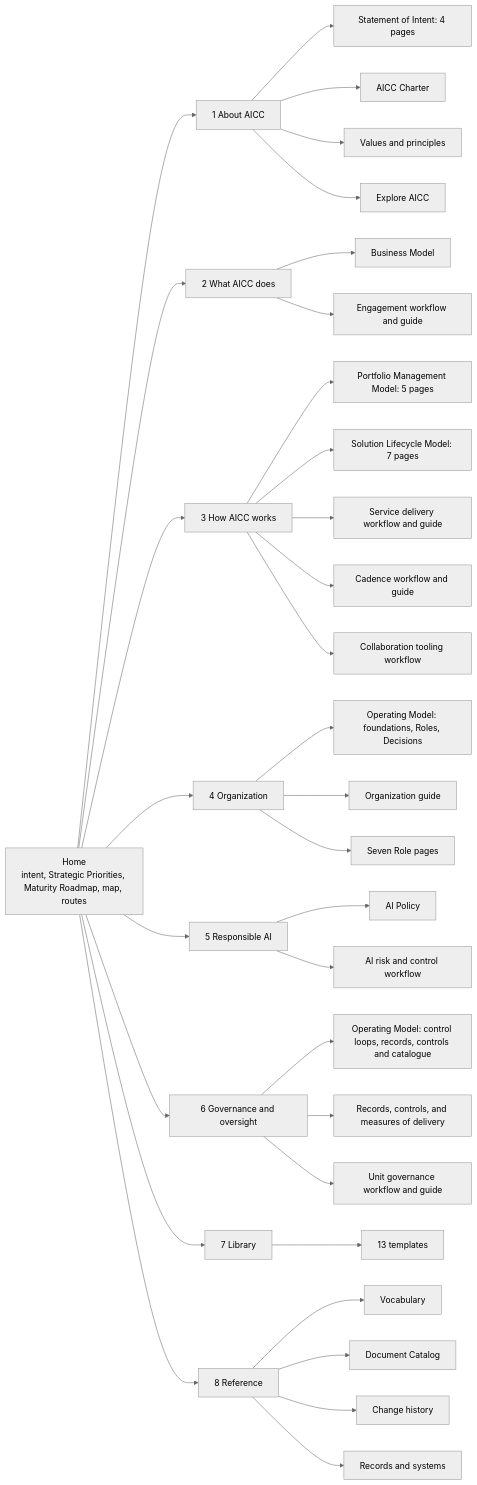
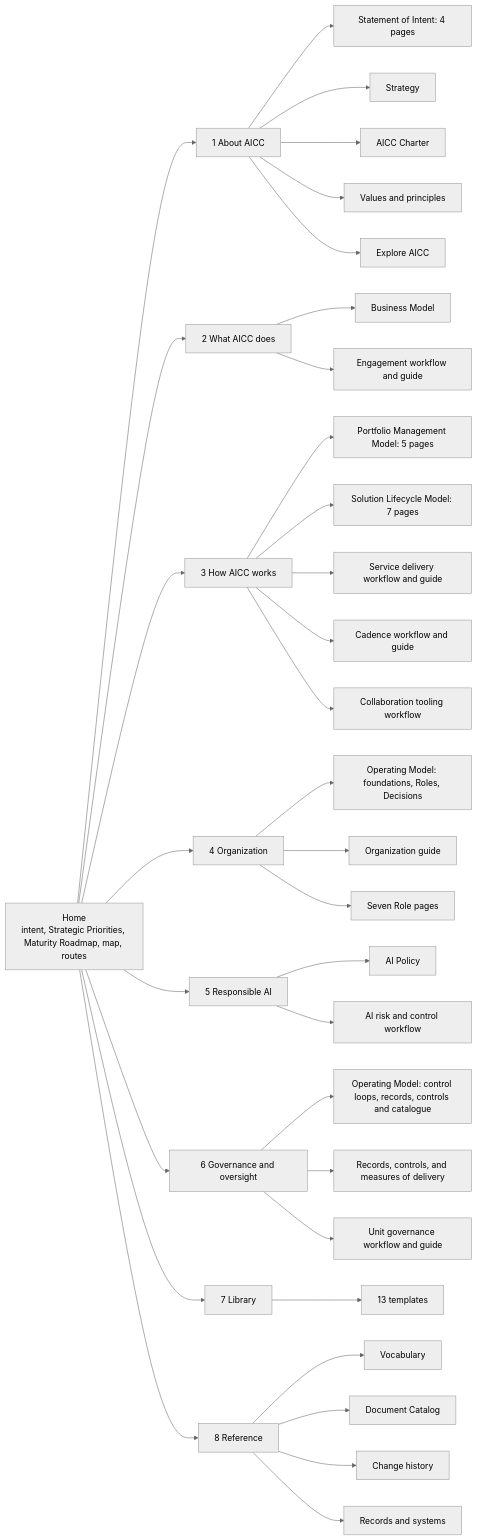
Before and after one commit to devhogu/ob-aicc: the diagram in portal-scaffolding/site-structure.md, drawn with Mermaid (neutral theme). The commit also changed 32 other files, not shown here.

Commit message:
Portal: Strategy page under About AICC, the strategy of the Bank, the priorities, the choices across the aspects of AICC, the road, and how it is kept

````diff
--- a/portal-scaffolding/site-structure.md
+++ b/portal-scaffolding/site-structure.md
@@ -29,44 +29,45 @@
 ```mermaid
 flowchart LR
   H["Home<br/>intent, Strategic Priorities, Maturity Roadmap, map, routes"]
   A["1 About AICC"]
   W["2 What AICC does"]
   M["3 How AICC works"]
   O["4 Organization"]
   R["5 Responsible AI"]
   G["6 Governance and oversight"]
   L["7 Library"]
   X["8 Reference"]
   H --> A
   H --> W
   H --> M
   H --> O
   H --> R
   H --> G
   H --> L
   H --> X
   A --> A1["Statement of Intent: 4 pages"]
-  A --> A2["AICC Charter"]
+  A --> A2["Strategy"]
+  A --> A2b["AICC Charter"]
   A --> A3["Values and principles"]
   A --> A4["Explore AICC"]
   W --> W1["Business Model"]
   W --> W2["Engagement workflow and guide"]
   M --> M1["Portfolio Management Model: 5 pages"]
   M --> M2["Solution Lifecycle Model: 7 pages"]
   M --> M3["Service delivery workflow and guide"]
   M --> M4["Cadence workflow and guide"]
   M --> M5["Collaboration tooling workflow"]
   O --> O1["Operating Model: foundations, Roles, Decisions"]
   O --> O2["Organization guide"]
   O --> O3["Seven Role pages"]
   R --> R1["AI Policy"]
   R --> R2["AI risk and control workflow"]
   G --> G1["Operating Model: control loops, records, controls and catalogue"]
   G --> G2["Records, controls, and measures of delivery"]
   G --> G3["Unit governance workflow and guide"]
   L --> L1["13 templates"]
   X --> X1["Vocabulary"]
   X --> X2["Document Catalog"]
   X --> X3["Change history"]
   X --> X4["Records and systems"]
 ```
````
